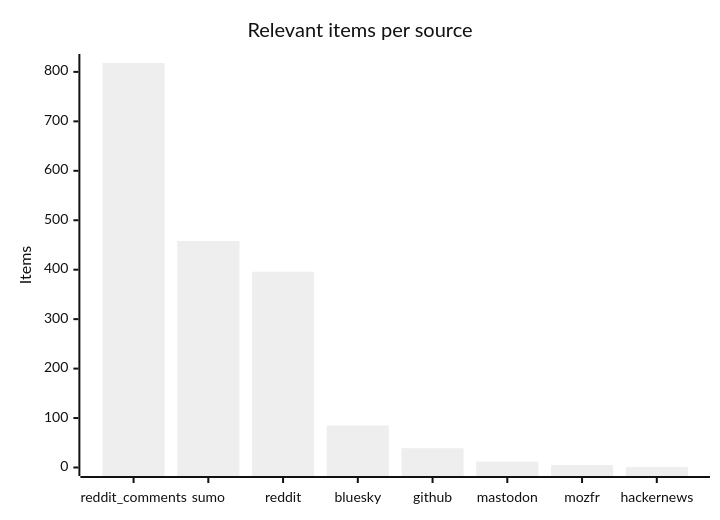
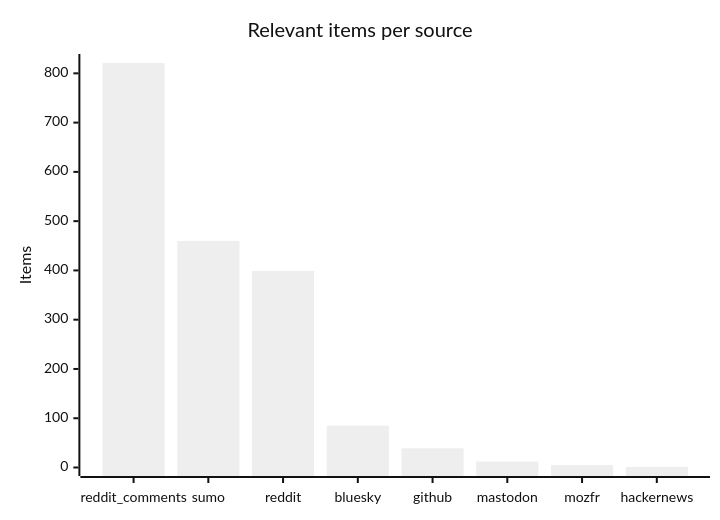
One commit to martinbalfanz/social-scanner-reports changed the third of 4 diagrams in README.md. Above: the diagram before and after it, drawn with Mermaid (neutral theme). The commit also changed other lines of this file and 4 other files, not shown here.

````diff
--- a/README.md
+++ b/README.md
@@ -48,7 +48,7 @@
 ```mermaid
 xychart-beta
     title "Relevant items per source"
     x-axis ["reddit_comments", "sumo", "reddit", "bluesky", "github", "mastodon", "mozfr", "hackernews"]
-    y-axis "Items" 0 --> 819
-    bar [818, 458, 396, 85, 39, 12, 5, 1]
+    y-axis "Items" 0 --> 822
+    bar [821, 460, 399, 85, 39, 12, 5, 1]
 ```
````
